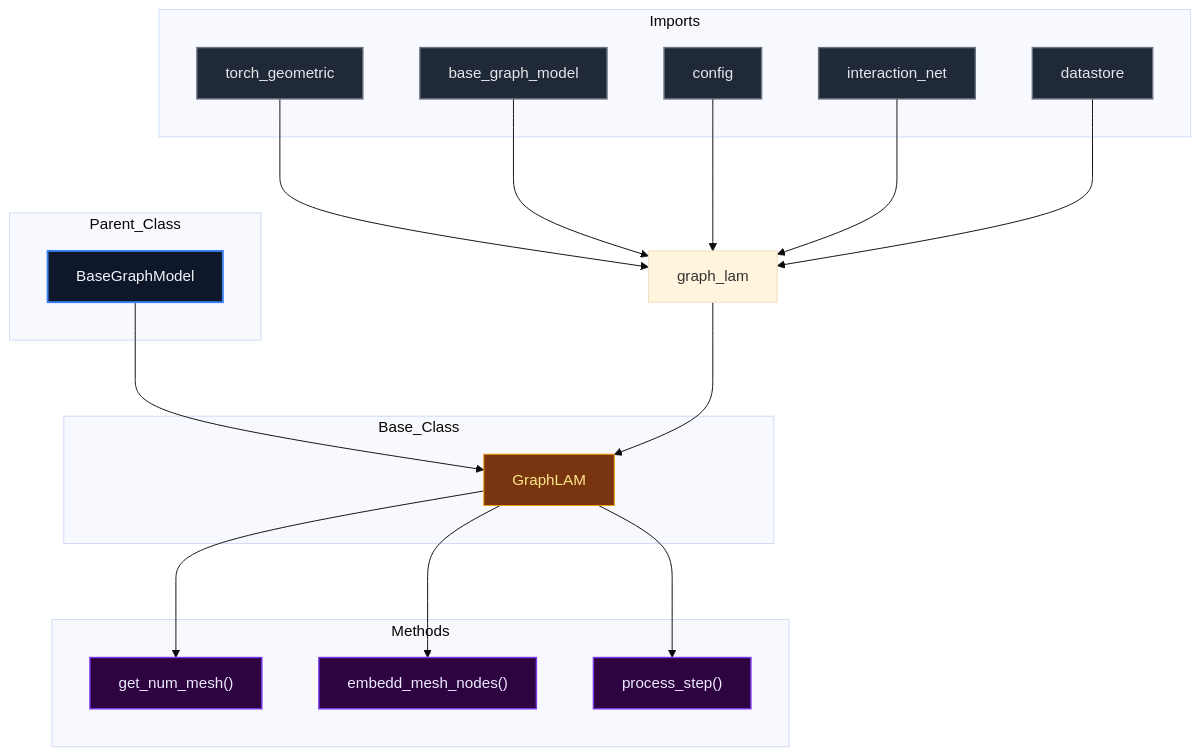
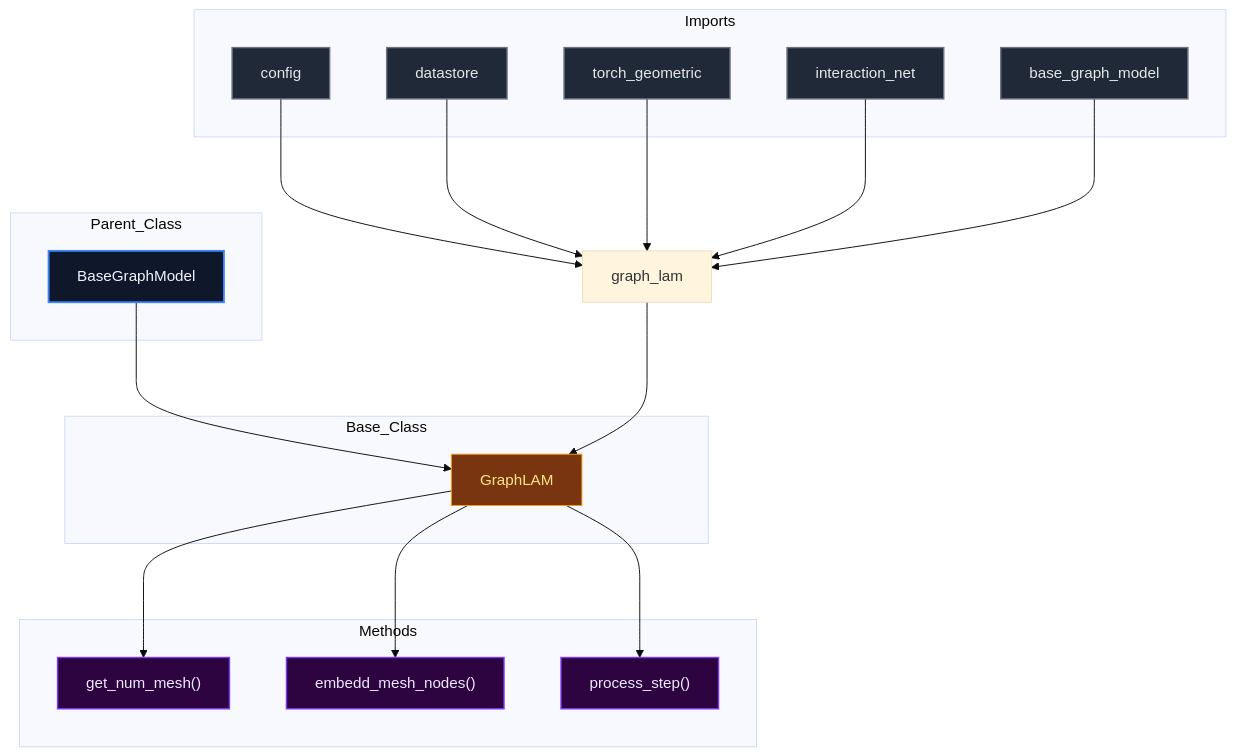
Before and after one commit to mllam/neural-lam: the diagram in docs/diagrams/graph_lam_diagram.md, drawn with Mermaid (base theme). The commit also changed 19 other files, not shown here.

Commit message:
Auto-update Mermaid diagrams

````diff
--- a/docs/diagrams/graph_lam_diagram.md
+++ b/docs/diagrams/graph_lam_diagram.md
@@ -1,52 +1,52 @@
 ```mermaid
 %%{init: {'flowchart': {'nodeSpacing': 60, 'rankSpacing': 80}}}%%
 flowchart TD
 
 module["graph_lam"]
 
 subgraph Parent_Class
     BaseGraphModel["BaseGraphModel"]
 end
 
 subgraph Base_Class
     GraphLAM["GraphLAM"]
 end
 
     BaseGraphModel --> GraphLAM
 
 subgraph Imports
+    config["config"]
+    datastore["datastore"]
     torch_geometric["torch_geometric"]
+    interaction_net["interaction_net"]
     base_graph_model["base_graph_model"]
-    config["config"]
-    interaction_net["interaction_net"]
-    datastore["datastore"]
 end
 
+    config --> module
+    datastore --> module
     torch_geometric --> module
+    interaction_net --> module
     base_graph_model --> module
-    config --> module
-    interaction_net --> module
-    datastore --> module
     module --> GraphLAM
 
 subgraph Methods
     GraphLAM_get_num_mesh["get_num_mesh()"]
     GraphLAM_embedd_mesh_nodes["embedd_mesh_nodes()"]
     GraphLAM_process_step["process_step()"]
 end
 
     GraphLAM --> GraphLAM_get_num_mesh
     GraphLAM --> GraphLAM_embedd_mesh_nodes
     GraphLAM --> GraphLAM_process_step
 
 classDef parent fill:#0f172a,stroke:#3b82f6,stroke-width:2px,color:#f1f5f9,font-size:16px
 classDef base fill:#78350f,stroke:#f59e0b,stroke-width:1px,color:#fde68a,font-size:16px
 classDef import fill:#1f2937,stroke:#6b7280,stroke-width:1.5px,color:#e5e7eb,font-size:16px
 classDef method fill:#2d043f,stroke:#7c3aed,stroke-width:1.5px,color:#ede9fe,font-size:16px
 classDef callNode fill:#064e3b,stroke:#10b981,stroke-width:1.5px,color:#d1fae5,font-size:16px
 class BaseGraphModel parent
 class GraphLAM base
-class torch_geometric,base_graph_model,config,interaction_net,datastore import
+class config,datastore,torch_geometric,interaction_net,base_graph_model import
 class GraphLAM_get_num_mesh,GraphLAM_embedd_mesh_nodes,GraphLAM_process_step method
 
 ```
````
